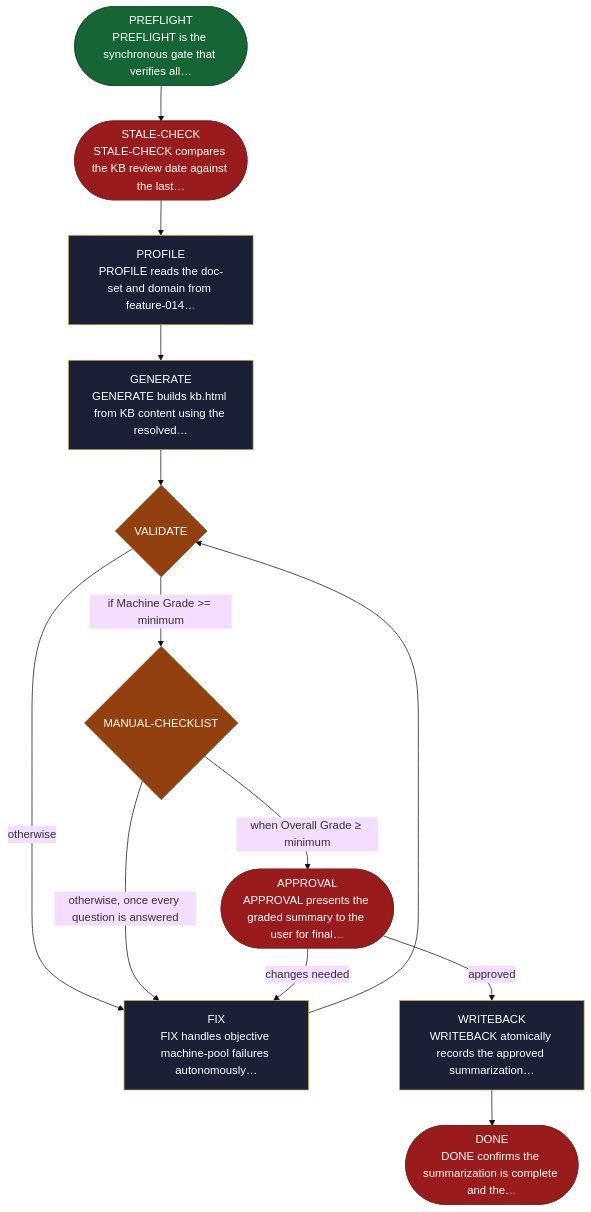
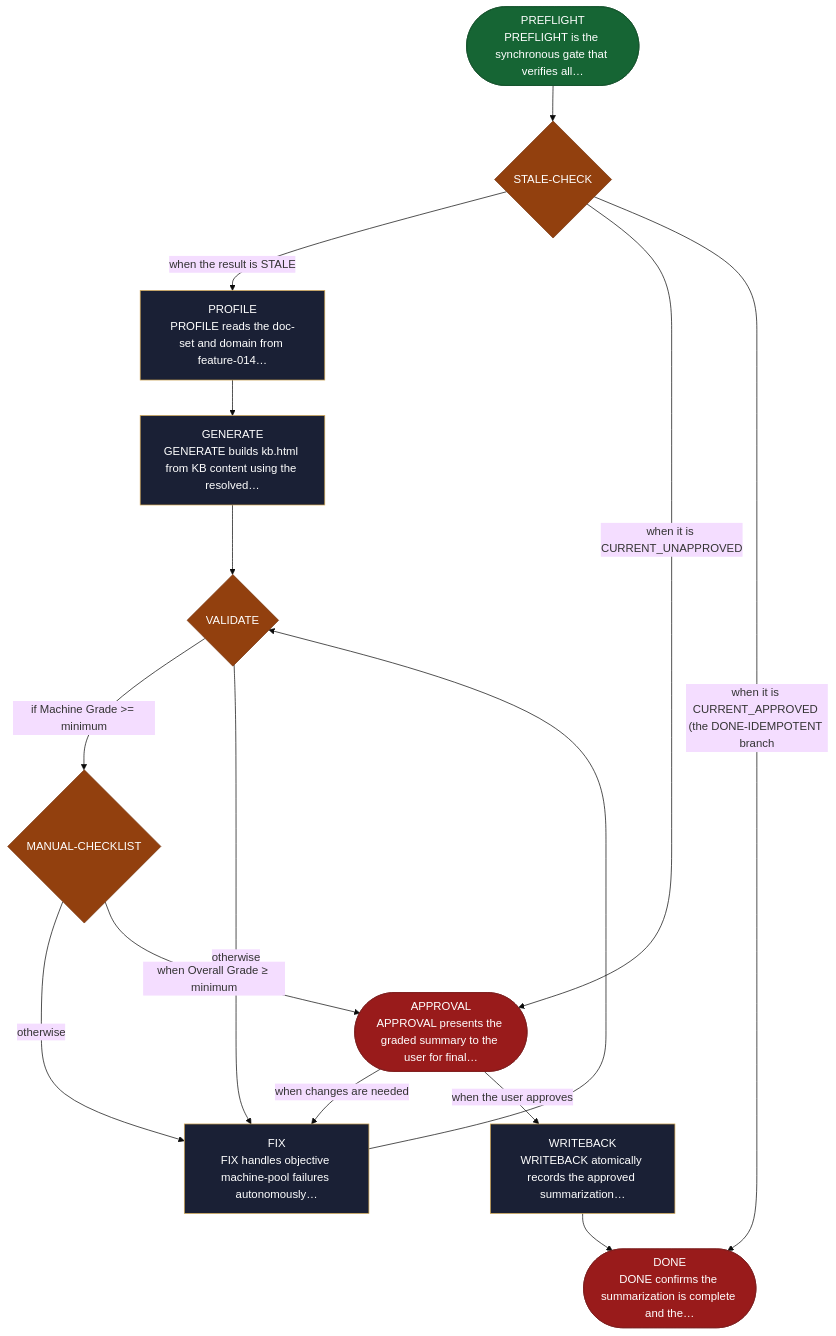
The diagram in site/src/content/docs/skills/aid-summarize.md (AndreVianna/aid-methodology), drawn with Mermaid (base theme) before and after one commit. The commit also changed other lines of this file and 251 other files, not shown here.

````diff
--- a/site/src/content/docs/skills/aid-summarize.md
+++ b/site/src/content/docs/skills/aid-summarize.md
@@ -20,51 +20,53 @@
 ```mermaid
 flowchart TB
   classDef aidNode color:#fff
   classDef aidEntry fill:#166534,stroke:#14532d,color:#fff
   classDef aidExit fill:#991b1b,stroke:#7f1d1d,color:#fff
   classDef aidDecision fill:#92400e,stroke:#78350f,color:#fff
   classDef aidLoopBack fill:#1e3a8a,stroke:#1e3a8a,color:#fff
   classDef aidStep fill:#1a2035,stroke:#d4a853,color:#f1f5f9
   n1(["PREFLIGHT<br/>PREFLIGHT is the synchronous gate that verifies all…"])
-  n2(["STALE-CHECK<br/>STALE-CHECK compares the KB review date against the last…"])
+  n2{"STALE-CHECK"}
   n3["PROFILE<br/>PROFILE reads the doc-set and domain from feature-014…"]
   n4["GENERATE<br/>GENERATE builds kb.html from KB content using the resolved…"]
   n5{"VALIDATE"}
   n6{"MANUAL-CHECKLIST"}
   n7["FIX<br/>FIX handles objective machine-pool failures autonomously…"]
   n8(["APPROVAL<br/>APPROVAL presents the graded summary to the user for final…"])
   n9["WRITEBACK<br/>WRITEBACK atomically records the approved summarization…"]
   n10(["DONE<br/>DONE confirms the summarization is complete and the…"])
   n1 --> n2
-  n2 --> n3
+  n2 -->|"when the result is STALE"| n3
+  n2 -->|"when it is CURRENT_UNAPPROVED"| n8
+  n2 -->|"when it is CURRENT_APPROVED (the DONE-IDEMPOTENT branch"| n10
   n3 --> n4
   n4 --> n5
   n5 -->|"if Machine Grade &gt;= minimum"| n6
   n5 -->|"otherwise"| n7
-  n6 -->|"otherwise, once every question is answered"| n7
+  n6 -->|"otherwise"| n7
   n6 -->|"when Overall Grade ≥ minimum"| n8
   n7 --> n5
-  n8 -->|"changes needed"| n7
-  n8 -->|"approved"| n9
+  n8 -->|"when changes are needed"| n7
+  n8 -->|"when the user approves"| n9
   n9 --> n10
   class n1 aidEntry
-  class n2 aidExit
+  class n2 aidDecision
   class n3 aidStep
   class n4 aidStep
   class n5 aidDecision
   class n6 aidDecision
   class n7 aidStep
   class n8 aidExit
   class n9 aidStep
   class n10 aidExit
   class n1 aidNode
   class n2 aidNode
   class n3 aidNode
   class n4 aidNode
   class n5 aidNode
   class n6 aidNode
   class n7 aidNode
   class n8 aidNode
   class n9 aidNode
   class n10 aidNode
 ```
````
